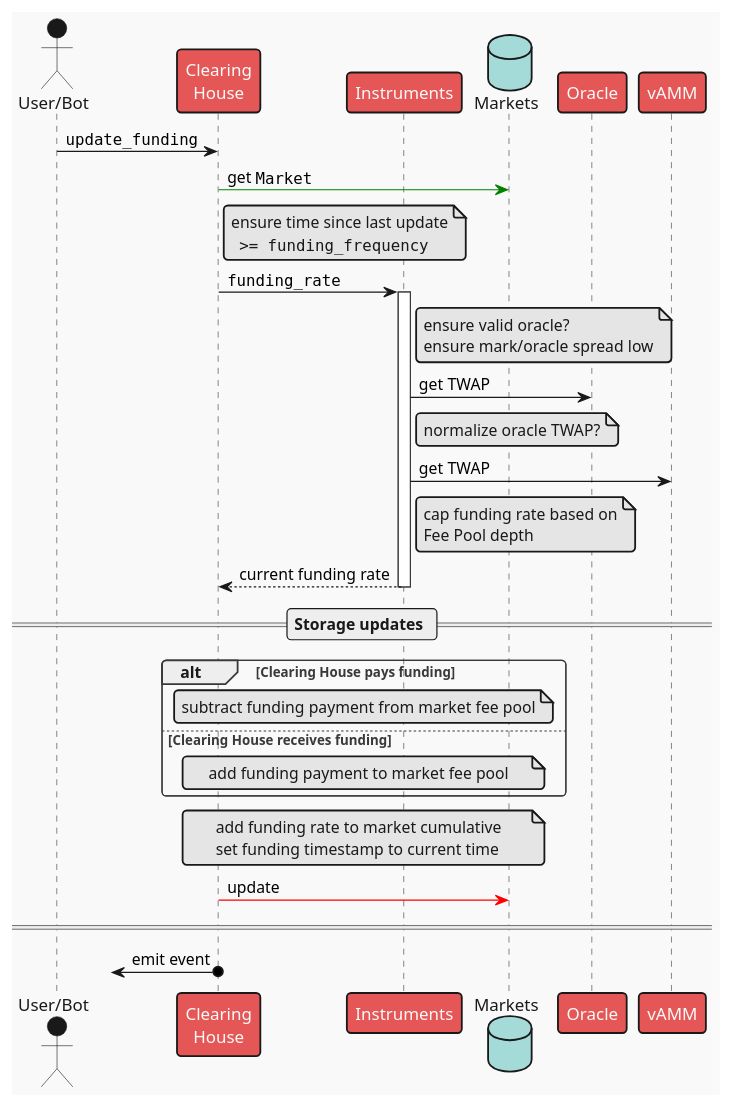
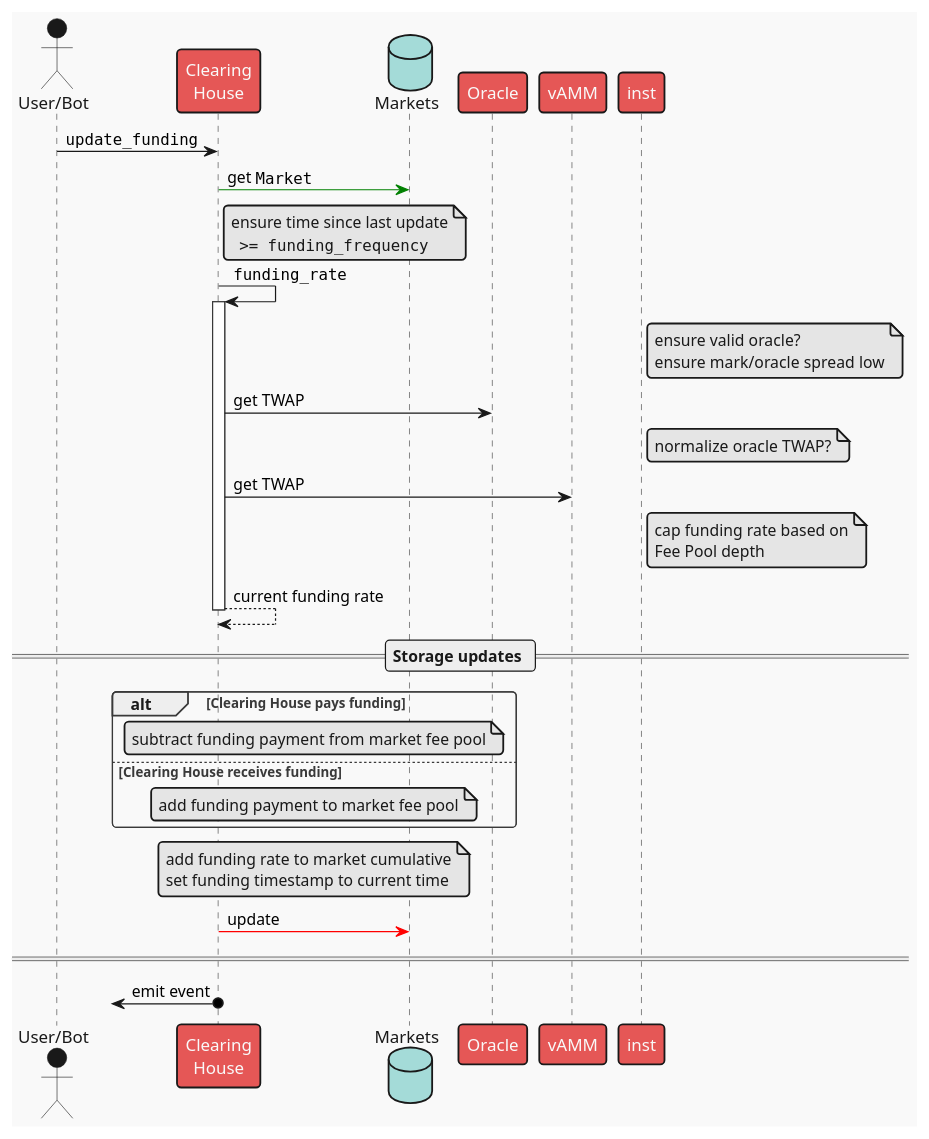
The diagram in clearing-house/diagrams/update-funding.plantuml (escher-exchange/escher), drawn with PlantUML before and after one commit. The commit also changed 2 other files, not shown here.

Commit message:
docs(CH): remove nonexistent traits from diagrams

```diff
--- a/clearing-house/diagrams/update-funding.plantuml
+++ b/clearing-house/diagrams/update-funding.plantuml
@@ -1,58 +1,57 @@
 @startuml update_funding
 !theme mars
 
 actor "User/Bot" as user
 participant "Clearing\nHouse" as ch
-participant "Instruments" as inst
 database "Markets" as mkts
 participant "Oracle" as oracle
 participant "vAMM" as vamm
 
 user -> ch : ""update_funding""
 
 ch -[#green]> mkts : get ""Market""
 
 note right ch
 ensure time since last update
   "">= funding_frequency""
 end note
 
-ch -> inst ++: ""funding_rate""
+ch -> ch++: ""funding_rate""
 note right inst
     ensure valid oracle?
     ensure mark/oracle spread low
 end note
-inst -> oracle : get TWAP
+ch-> oracle : get TWAP
 note right inst
     normalize oracle TWAP?
 end note
-inst -> vamm : get TWAP
+ch-> vamm : get TWAP
 note right inst
     cap funding rate based on
     Fee Pool depth
 end note
 return current funding rate
 
 == Storage updates ==
 
 alt Clearing House pays funding
     note over ch, mkts
         subtract funding payment from market fee pool
     end note
 else Clearing House receives funding
     note over ch, mkts
         add funding payment to market fee pool
     end note
 end
 
 note over ch, mkts
     add funding rate to market cumulative
     set funding timestamp to current time
 end note
 ch -[#red]> mkts : update
 
 ====
 
 ?<-o ch : emit event
 
 @enduml
```
